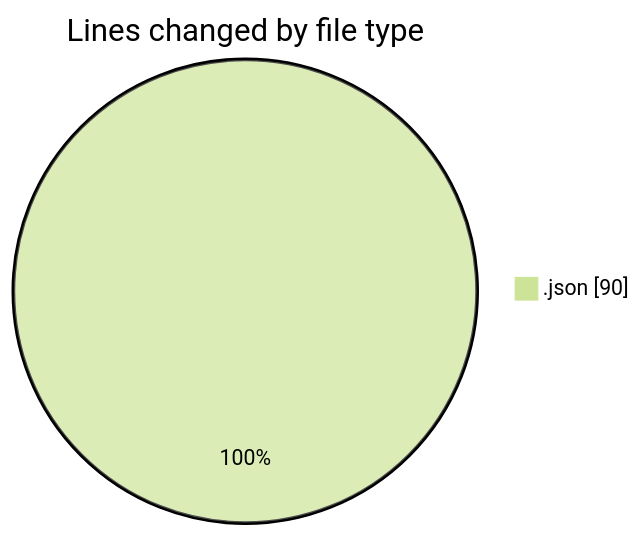
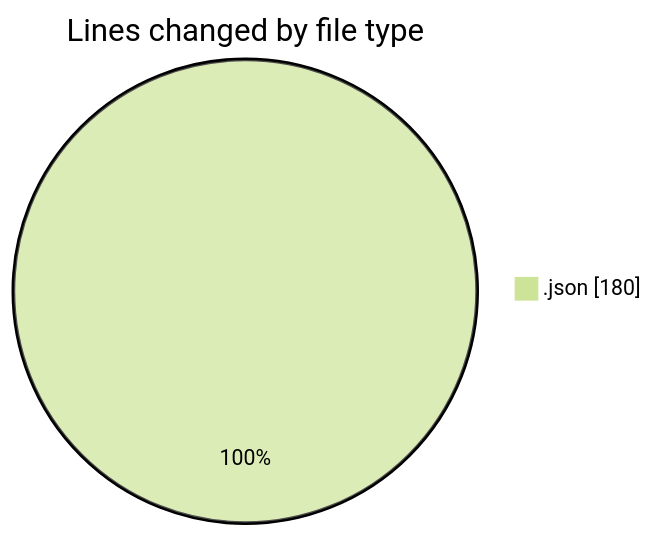
The first of 2 diagrams in 2025-04-23/cda/README.md (momahboobian/code-tracking), drawn with Mermaid (forest theme) before and after one commit. The commit also changed other lines of this file and 1 other file, not shown here.

````diff
--- a/2025-04-23/cda/README.md
+++ b/2025-04-23/cda/README.md
@@ -20,5 +20,5 @@
 ```mermaid
 pie showData
 title Lines changed by file type
-".json" : 90
+".json" : 180
 ```
````
